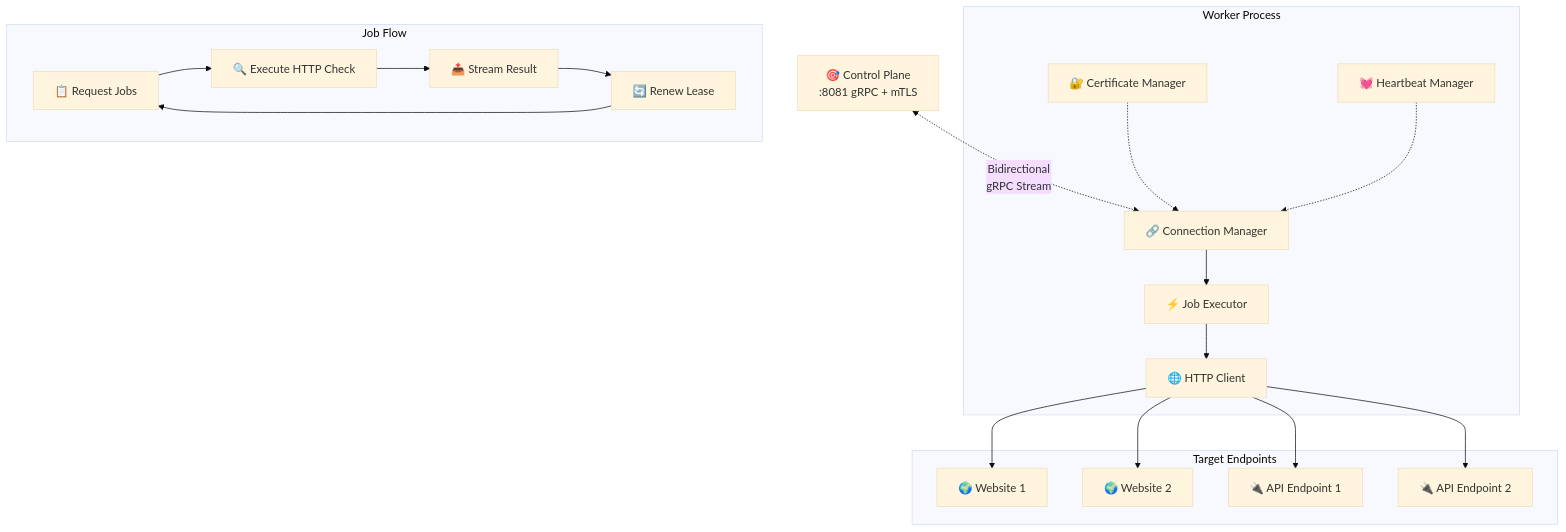
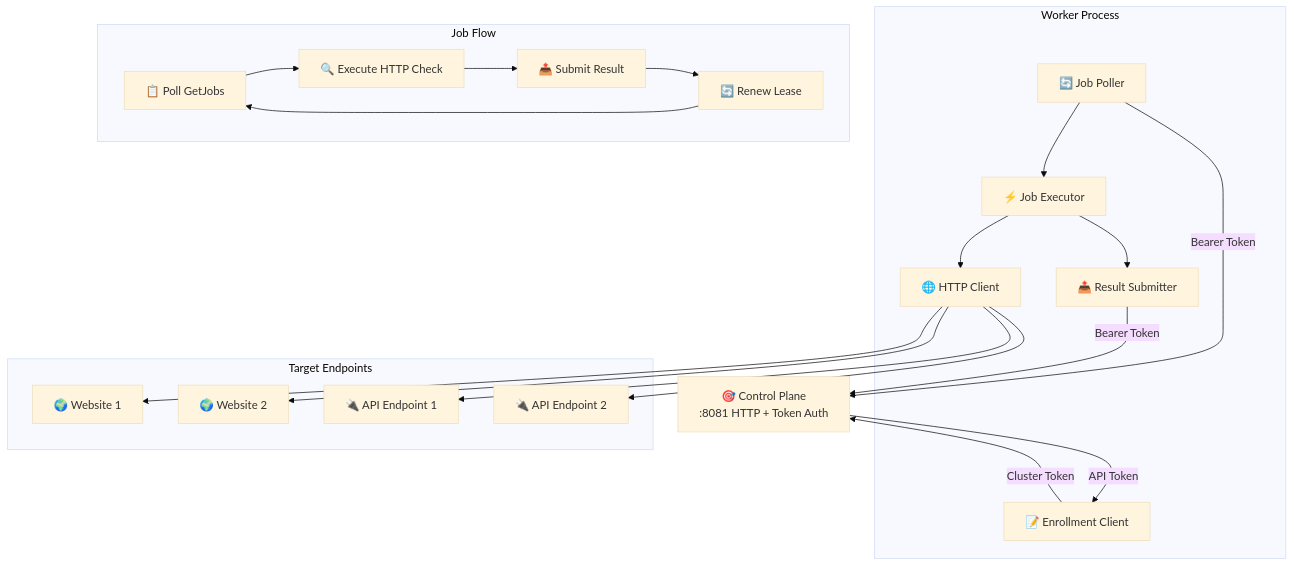
One commit to crisog/openseer changed the diagram in cmd/worker/README.md. Above: the diagram before and after it, drawn with Mermaid (base theme). The commit also changed other lines of this file and 1 other file, not shown here.

Commit message:
docs: transition to HTTP polling with bearer token authentication

````diff
--- a/cmd/worker/README.md
+++ b/cmd/worker/README.md
@@ -9,43 +7,46 @@
 ```mermaid
 graph TB
-    ControlPlane[🎯 Control Plane<br/>:8081 gRPC + mTLS]
+    ControlPlane[🎯 Control Plane<br/>:8081 HTTP + Token Auth]
 
     subgraph "Worker Process"
-        Connection[🔗 Connection Manager]
+        Enrollment[📝 Enrollment Client]
+        Poller[🔄 Job Poller]
         JobExecutor[⚡ Job Executor]
         HTTPClient[🌐 HTTP Client]
-        Certificate[🔐 Certificate Manager]
-        Heartbeat[💓 Heartbeat Manager]
+        ResultSubmitter[📤 Result Submitter]
     end
 
     subgraph "Job Flow"
-        RequestJobs[📋 Request Jobs]
+        PollJobs[📋 Poll GetJobs]
         ExecuteCheck[🔍 Execute HTTP Check]
-        StreamResult[📤 Stream Result]
+        SubmitResult[📤 Submit Result]
         RenewLease[🔄 Renew Lease]
     end
 
     subgraph "Target Endpoints"
         Website1[🌍 Website 1]
         Website2[🌍 Website 2]
         API1[🔌 API Endpoint 1]
         API2[🔌 API Endpoint 2]
     end
 
-    ControlPlane <-.->|Bidirectional<br/>gRPC Stream| Connection
+    Enrollment -->|Cluster Token| ControlPlane
+    ControlPlane -->|API Token| Enrollment
 
-    Connection --> JobExecutor
+    Poller -->|Bearer Token| ControlPlane
+    ResultSubmitter -->|Bearer Token| ControlPlane
+
+    Poller --> JobExecutor
     JobExecutor --> HTTPClient
-    Certificate -.-> Connection
-    Heartbeat -.-> Connection
+    JobExecutor --> ResultSubmitter
 
-    RequestJobs --> ExecuteCheck
-    ExecuteCheck --> StreamResult
-    StreamResult --> RenewLease
-    RenewLease --> RequestJobs
+    PollJobs --> ExecuteCheck
+    ExecuteCheck --> SubmitResult
+    SubmitResult --> RenewLease
+    RenewLease --> PollJobs
 
     HTTPClient --> Website1
     HTTPClient --> Website2
     HTTPClient --> API1
     HTTPClient --> API2
 ```
````
